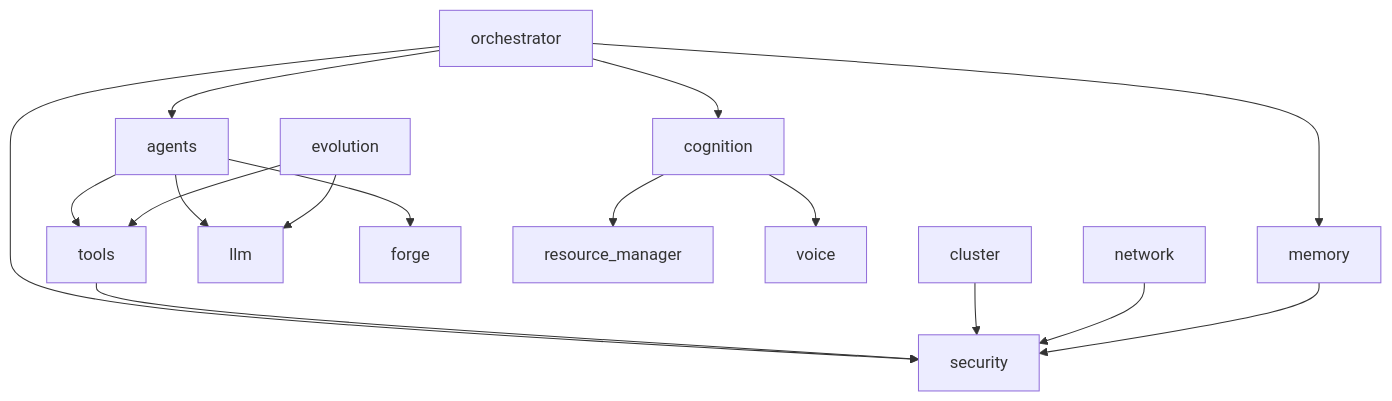
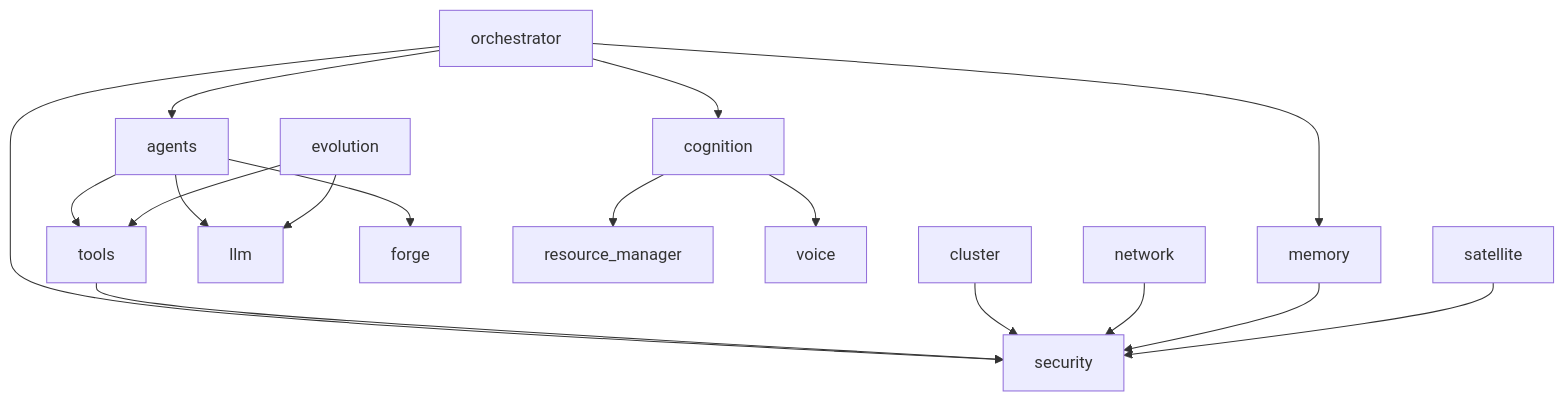
Before and after one commit to SAGBO4/FreeAi: the diagram in docs/architecture/packages.md, drawn with Mermaid. The commit also changed other lines of this file and 4 other files, not shown here.

Commit message:
feat(satellite): integrate peer sync bridge and satellite architecture docs

````diff
--- a/docs/architecture/packages.md
+++ b/docs/architecture/packages.md
@@ -19,18 +20,19 @@
 ```mermaid
 flowchart TD
     orchestrator --> agents
     orchestrator --> memory
     orchestrator --> cognition
     orchestrator --> security
     agents --> tools
     agents --> llm
     agents --> forge
     evolution --> tools
     evolution --> llm
     cognition --> resource_manager
     cognition --> voice
     tools --> security
     cluster --> security
     network --> security
     memory --> security
+    satellite --> security
 ```
````
